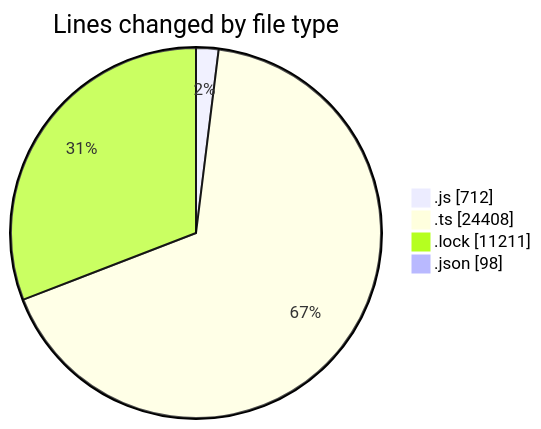
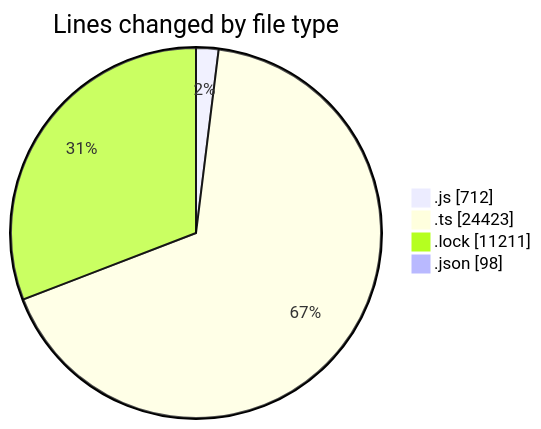
The first of 2 diagrams in 2025-05-27/cda/README.md (momahboobian/code-tracking), drawn with Mermaid before and after one commit. The commit also changed other lines of this file and 1 other file, not shown here.

````diff
--- a/2025-05-27/cda/README.md
+++ b/2025-05-27/cda/README.md
@@ -35,8 +35,8 @@
 ```mermaid
 pie showData
 title Lines changed by file type
 ".js" : 712
-".ts" : 24408
+".ts" : 24423
 ".lock" : 11211
 ".json" : 98
 ```
````
